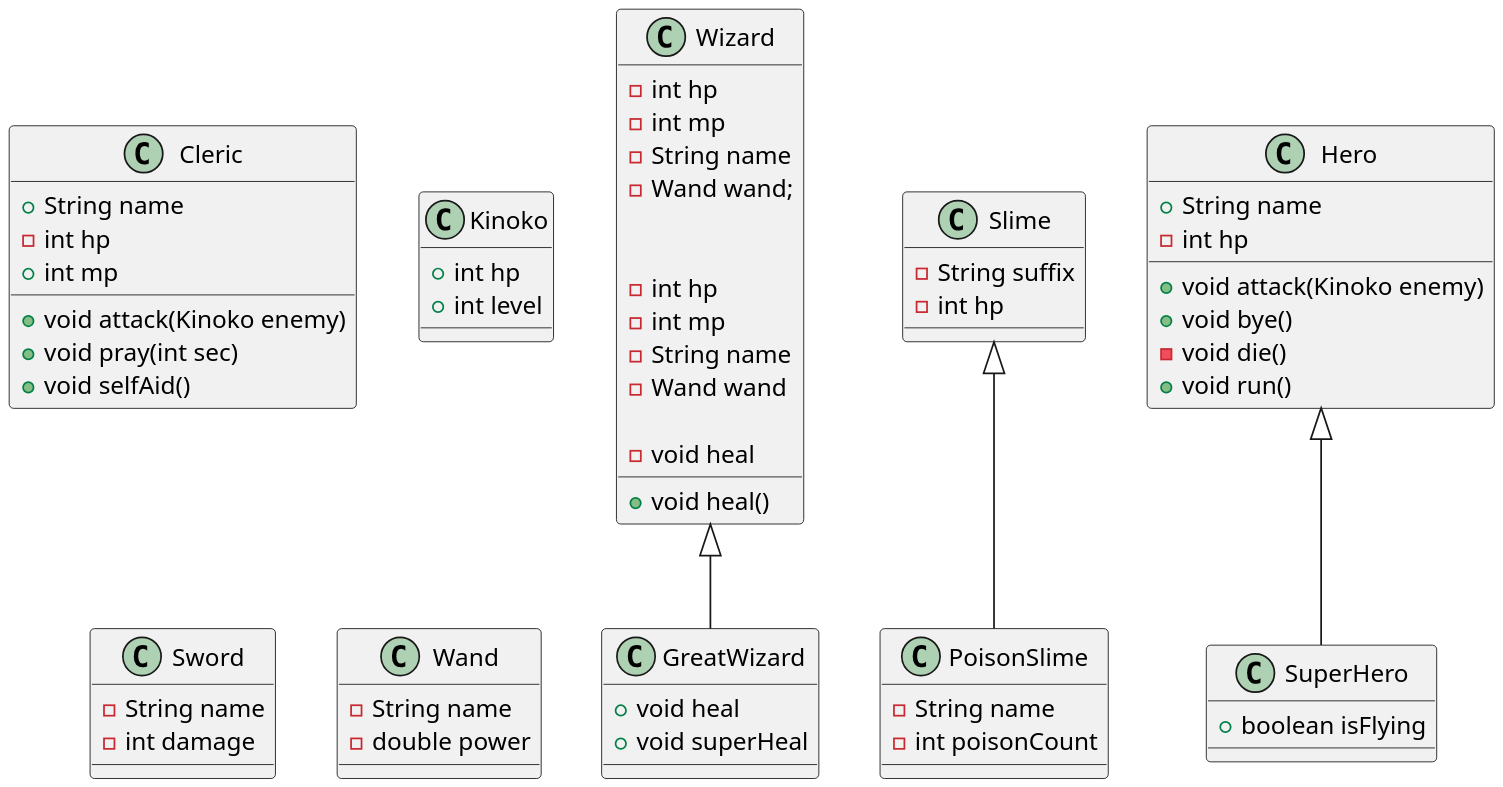
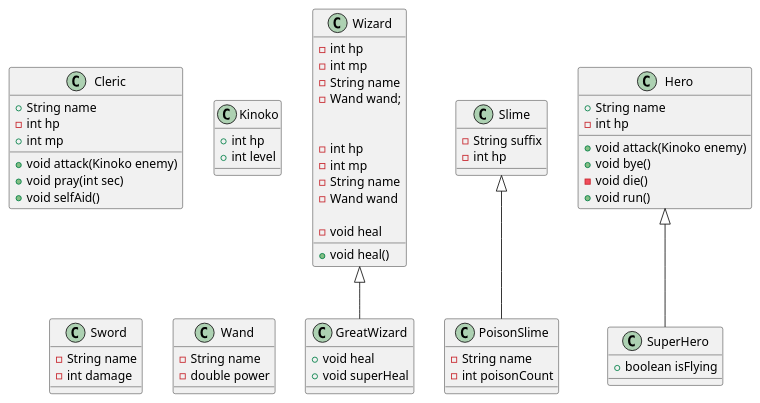
The diagram in src/main/java/com/survivalcoding/game.puml (SurvivalCodingCampus/polytech_java_study), drawn with PlantUML before and after one commit.

Commit message:
fix: 클래스 다이어그램 분리

```diff
--- a/src/main/java/com/survivalcoding/game.puml
+++ b/src/main/java/com/survivalcoding/game.puml
@@ -1,83 +1,82 @@
 @startuml
 'https://plantuml.com/class-diagram
 
 
-scale 2
 
 class GreatWizard extends Wizard {
 
 + void heal
 + void superHeal
 }
 
 class PoisonSlime extends Slime {
 - String name
 - int poisonCount
 }
 
 
 class Slime {
 -  String suffix
 - int hp
 }
 
 class SuperHero extends Hero {
     + boolean isFlying
 }
 
 
 class Wizard {
 - int hp
 - int mp
 - String name
 - Wand wand;
 
 + void heal()
 
 }
 class Hero {
     + String name
     - int hp
 
     + void attack(Kinoko enemy)
     + void bye()
     - void die()
     + void run()
 }
 
 
 class Cleric {
     + String name
     - int hp
     + int mp
 
      + void attack(Kinoko enemy)
      + void pray(int sec)
      + void selfAid()
 }
 
 class Kinoko {
     + int hp
     + int level
 }
 
 
 class Sword {
    - String name
    - int damage
 }
 
 class Wand {
     - String name
     - double power
 }
 
 class Wizard {
         - int hp
         - int mp
         - String name
         - Wand wand
 
         - void heal
 }
 @enduml
```
